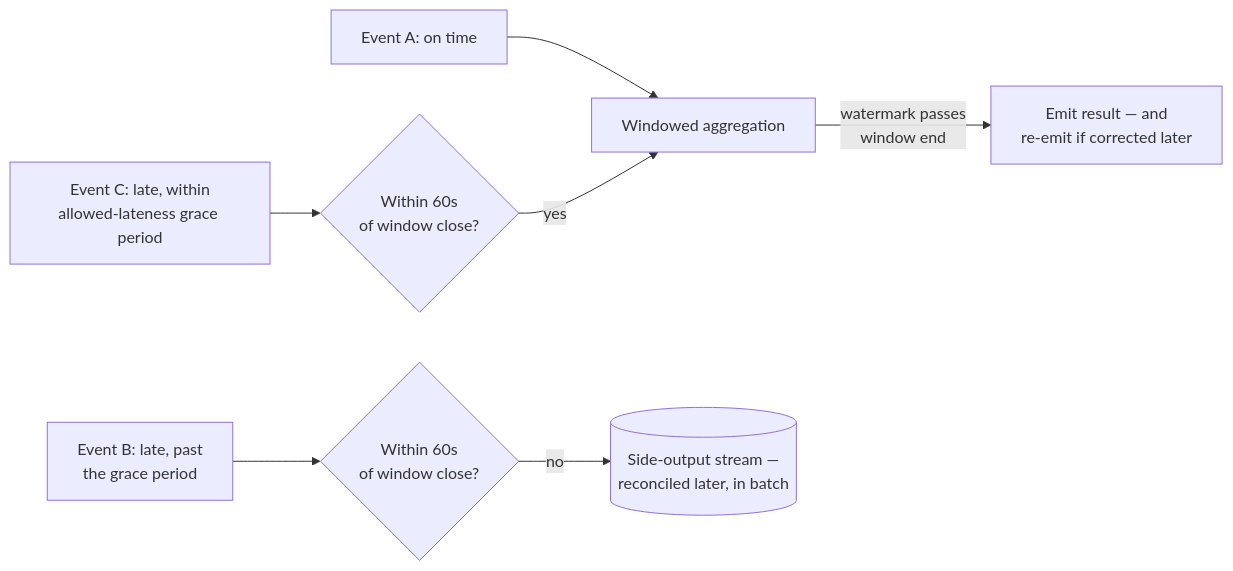
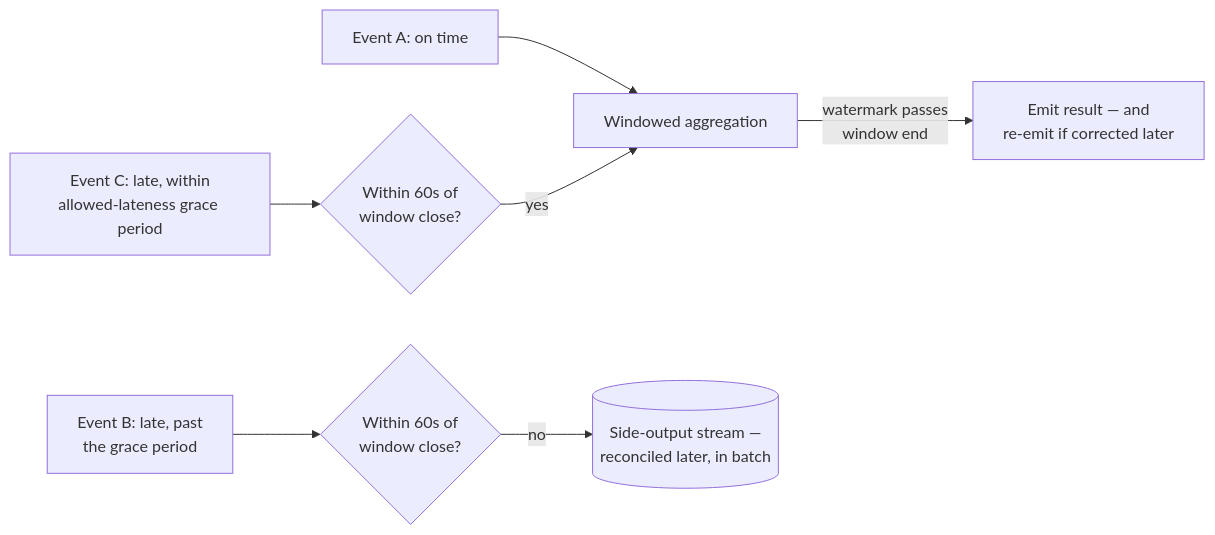
One commit to riyaz-pasha/Learnings changed the ninth of 17 diagrams in system-design/HLD/0-course/43-Design-a-Data-Infrastructure-System-FAANG-Guide-story.md. Above: the diagram before and after it, drawn with Mermaid. The commit also changed other lines of this file and 1 other file, not shown here.

Commit message:
[REWRITE] Data Infrastructure System story guide: simplify prose, add structure, fix diagrams

````diff
--- a/system-design/HLD/0-course/43-Design-a-Data-Infrastructure-System-FAANG-Guide-story.md
+++ b/system-design/HLD/0-course/43-Design-a-Data-Infrastructure-System-FAANG-Guide-story.md
@@ -261,9 +525,9 @@
 ```mermaid
 flowchart LR
-    E1["Event A: on time"] --> W[Windowed aggregation]
-    E2["Event C: late, within\nallowed-lateness grace period"] --> Check{"Within 60s\nof window close?"}
-    Check -->|yes| W
-    E3["Event B: late, past\nthe grace period"] --> Check2{"Within 60s\nof window close?"}
-    Check2 -->|no| SIDE[("Side-output stream —\nreconciled later, in batch")]
-    W -->|"watermark passes\nwindow end"| EMIT["Emit result — and\nre-emit if corrected later"]
+    E1["Event A: on time"] --> W["Windowed aggregation"]
+    E2["Event C: late, within<br/>allowed-lateness grace period"] --> Check{"Within 60s of<br/>window close?"}
+    Check -->|"yes"| W
+    E3["Event B: late, past<br/>the grace period"] --> Check2{"Within 60s of<br/>window close?"}
+    Check2 -->|"no"| SIDE[("Side-output stream —<br/>reconciled later, in batch")]
+    W -->|"watermark passes<br/>window end"| EMIT["Emit result — and<br/>re-emit if corrected later"]
 ```
````
